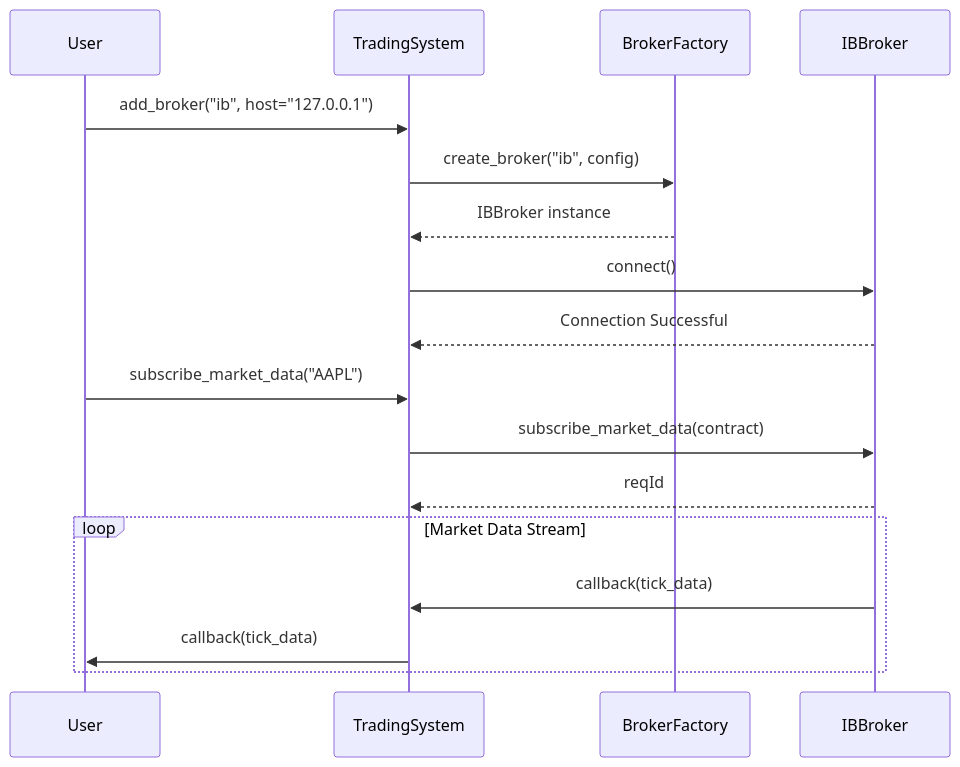
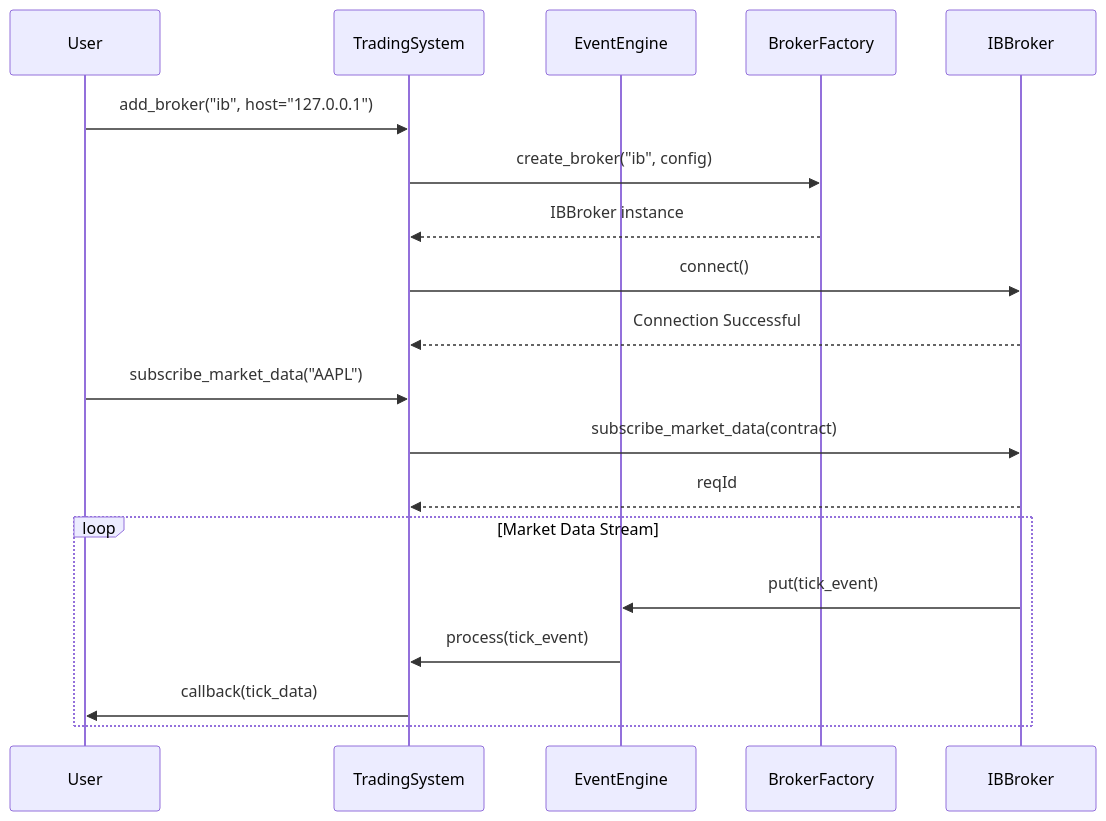
Before and after one commit to birjoossh/trading-system: the first of 2 diagrams in README.md, drawn with Mermaid. The commit also changed other lines of this file and 2 other files, not shown here.

Commit message:
docs: Update architecture diagrams to introduce EventEngine for asynchronous market data handling.

````diff
--- a/README.md
+++ b/README.md
@@ -15,22 +15,24 @@
 ```mermaid
 sequenceDiagram
     participant User
     participant TradingSystem
+    participant EventEngine
     participant BrokerFactory
     participant IBBroker
     
     User->>TradingSystem: add_broker("ib", host="127.0.0.1")
     TradingSystem->>BrokerFactory: create_broker("ib", config)
     BrokerFactory-->>TradingSystem: IBBroker instance
     TradingSystem->>IBBroker: connect()
     IBBroker-->>TradingSystem: Connection Successful
     
     User->>TradingSystem: subscribe_market_data("AAPL")
     TradingSystem->>IBBroker: subscribe_market_data(contract)
     IBBroker-->>TradingSystem: reqId
     
     loop Market Data Stream
-        IBBroker->>TradingSystem: callback(tick_data)
+        IBBroker->>EventEngine: put(tick_event)
+        EventEngine->>TradingSystem: process(tick_event)
         TradingSystem->>User: callback(tick_data)
     end
 ```
````
